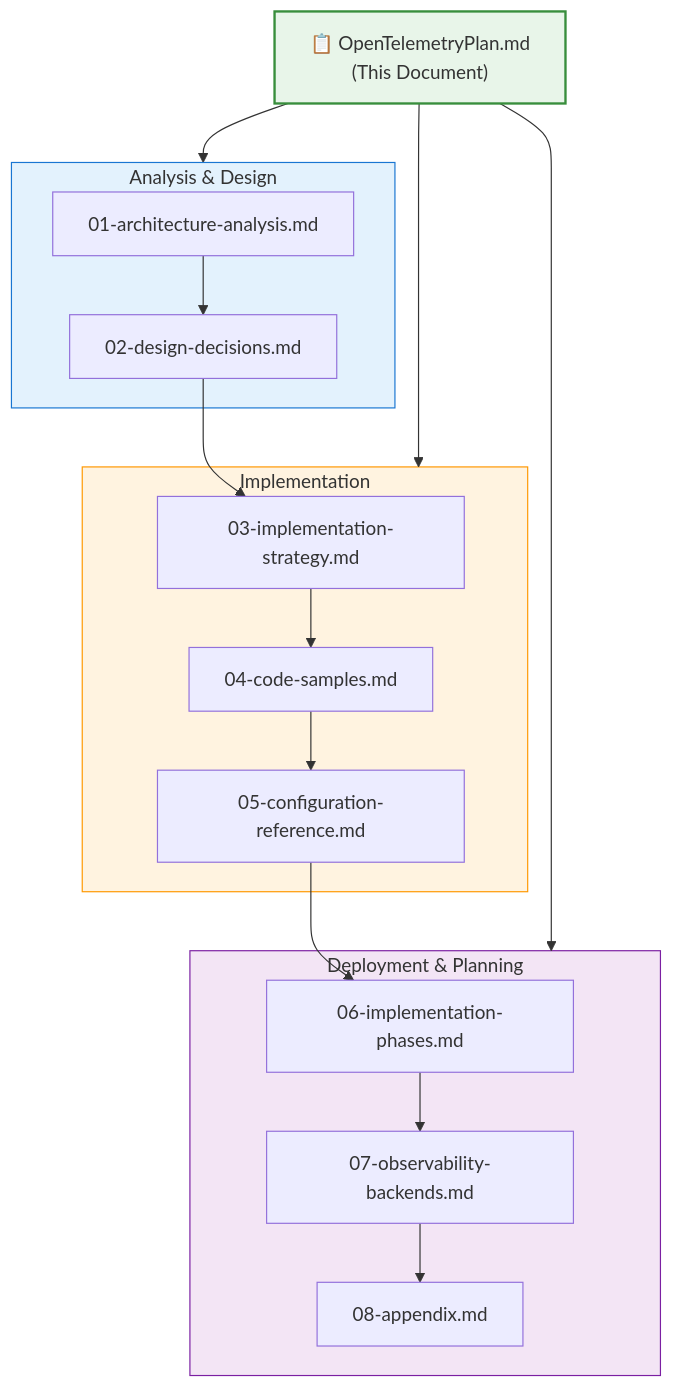
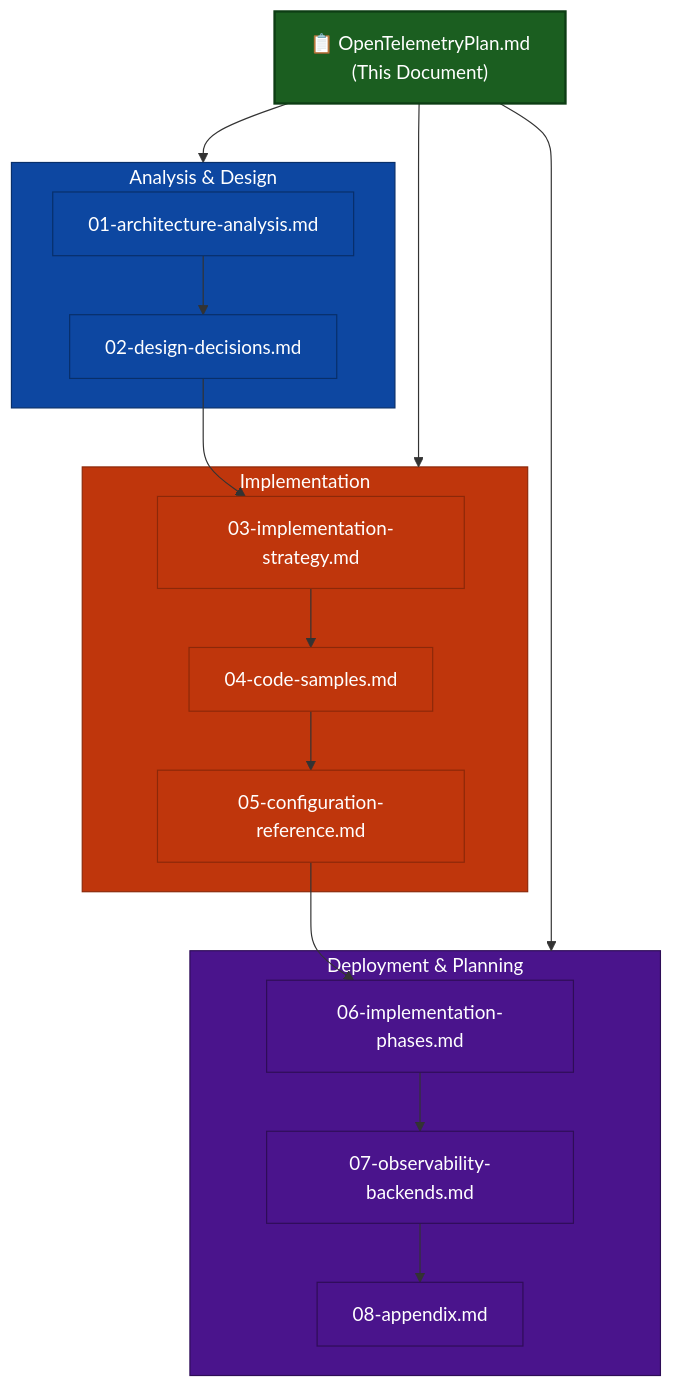
Before and after one commit to XRPL-Node/rippled: the diagram in OpenTelemetryPlan/OpenTelemetryPlan.md, drawn with Mermaid. The commit also changed other lines of this file and 8 other files, not shown here.

````diff
--- a/OpenTelemetryPlan/OpenTelemetryPlan.md
+++ b/OpenTelemetryPlan/OpenTelemetryPlan.md
@@ -30,38 +32,46 @@
 ```mermaid
 flowchart TB
     overview["📋 OpenTelemetryPlan.md<br/>(This Document)"]
-    
+
     subgraph analysis["Analysis & Design"]
         arch["01-architecture-analysis.md"]
         design["02-design-decisions.md"]
     end
-    
+
     subgraph impl["Implementation"]
         strategy["03-implementation-strategy.md"]
         code["04-code-samples.md"]
         config["05-configuration-reference.md"]
     end
-    
+
     subgraph deploy["Deployment & Planning"]
         phases["06-implementation-phases.md"]
         backends["07-observability-backends.md"]
         appendix["08-appendix.md"]
     end
-    
+
     overview --> analysis
     overview --> impl
     overview --> deploy
-    
+
     arch --> design
     design --> strategy
     strategy --> code
     code --> config
     config --> phases
     phases --> backends
     backends --> appendix
-    
-    style overview fill:#e8f5e9,stroke:#388e3c,stroke-width:2px
-    style analysis fill:#e3f2fd,stroke:#1976d2
-    style impl fill:#fff3e0,stroke:#ff9800
-    style deploy fill:#f3e5f5,stroke:#7b1fa2
+
+    style overview fill:#1b5e20,stroke:#0d3d14,color:#fff,stroke-width:2px
+    style analysis fill:#0d47a1,stroke:#082f6a,color:#fff
+    style impl fill:#bf360c,stroke:#8c2809,color:#fff
+    style deploy fill:#4a148c,stroke:#2e0d57,color:#fff
+    style arch fill:#0d47a1,stroke:#082f6a,color:#fff
+    style design fill:#0d47a1,stroke:#082f6a,color:#fff
+    style strategy fill:#bf360c,stroke:#8c2809,color:#fff
+    style code fill:#bf360c,stroke:#8c2809,color:#fff
+    style config fill:#bf360c,stroke:#8c2809,color:#fff
+    style phases fill:#4a148c,stroke:#2e0d57,color:#fff
+    style backends fill:#4a148c,stroke:#2e0d57,color:#fff
+    style appendix fill:#4a148c,stroke:#2e0d57,color:#fff
 ```
````
